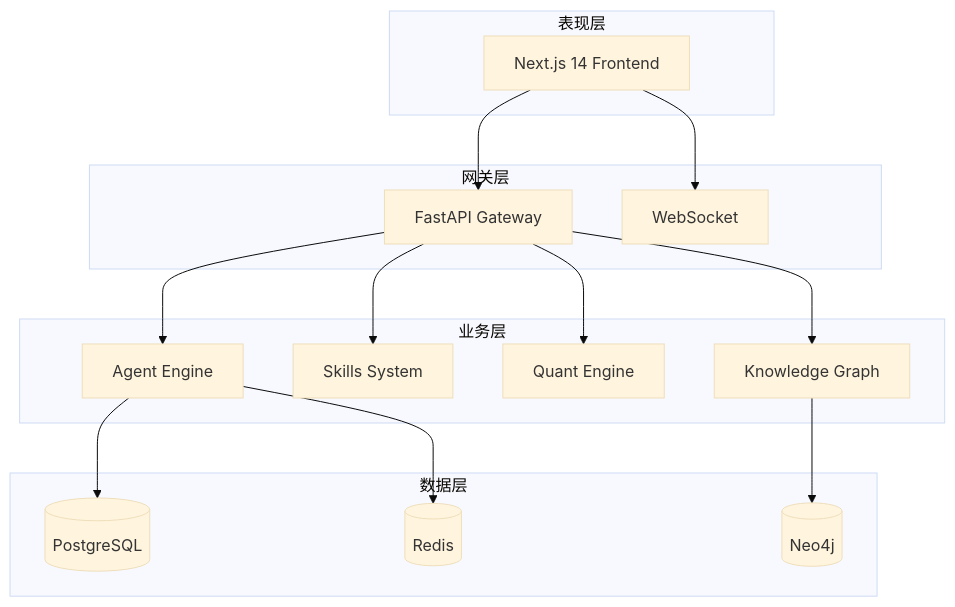
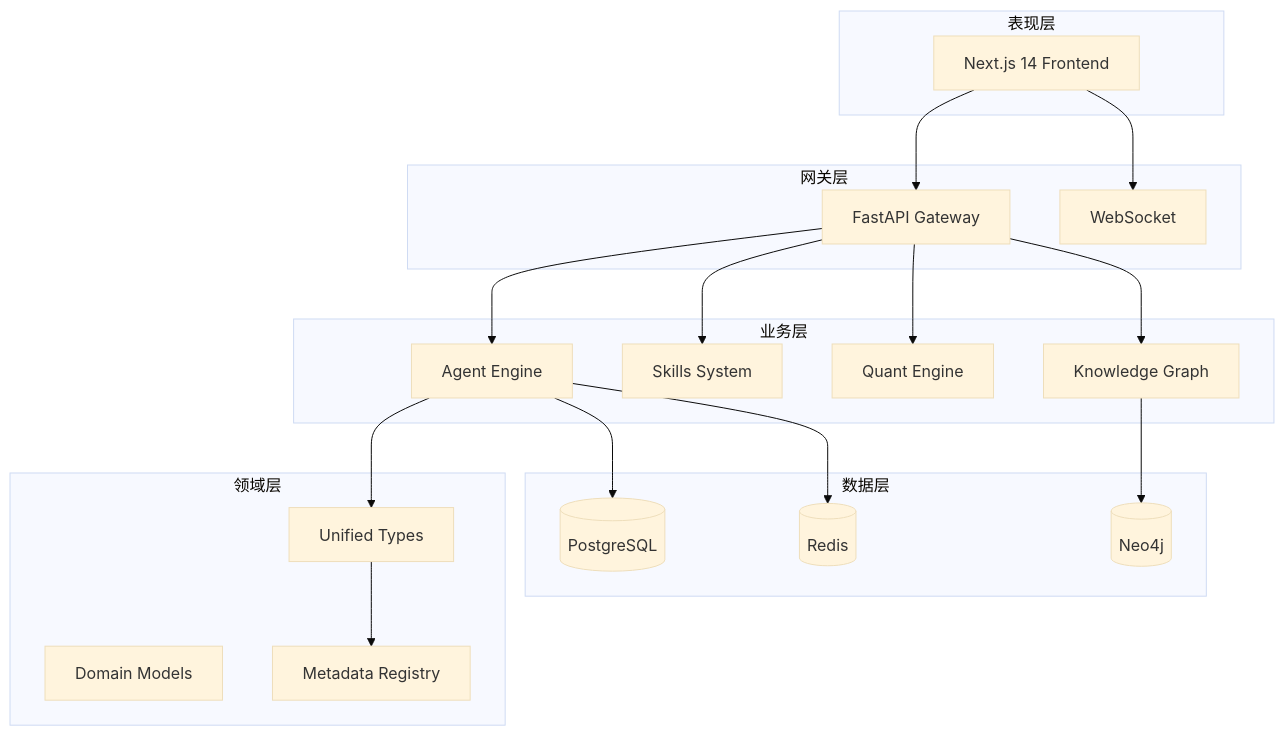
The first of 7 diagrams in ARCHITECTURE.md (BilleChu/wavelet), drawn with Mermaid (base theme) before and after one commit. The commit also changed other lines of this file and 425 other files, not shown here.

````diff
--- a/ARCHITECTURE.md
+++ b/ARCHITECTURE.md
@@ -24,34 +24,42 @@
 ```mermaid
 graph TB
     subgraph 表现层
         FE[Next.js 14 Frontend]
     end
     
     subgraph 网关层
         API[FastAPI Gateway]
         WS[WebSocket]
     end
     
     subgraph 业务层
         Agent[Agent Engine]
         Skill[Skills System]
         Quant[Quant Engine]
         KG[Knowledge Graph]
     end
     
+    subgraph 领域层
+        Types[Unified Types]
+        Models[Domain Models]
+        Metadata[Metadata Registry]
+    end
+    
     subgraph 数据层
         PG[(PostgreSQL)]
         RD[(Redis)]
         NK[(Neo4j)]
     end
     
     FE --> API
     FE --> WS
     API --> Agent
     API --> Skill
     API --> Quant
     API --> KG
+    Agent --> Types
     Agent --> PG
     Agent --> RD
     KG --> NK
+    Types --> Metadata
 ```
````
